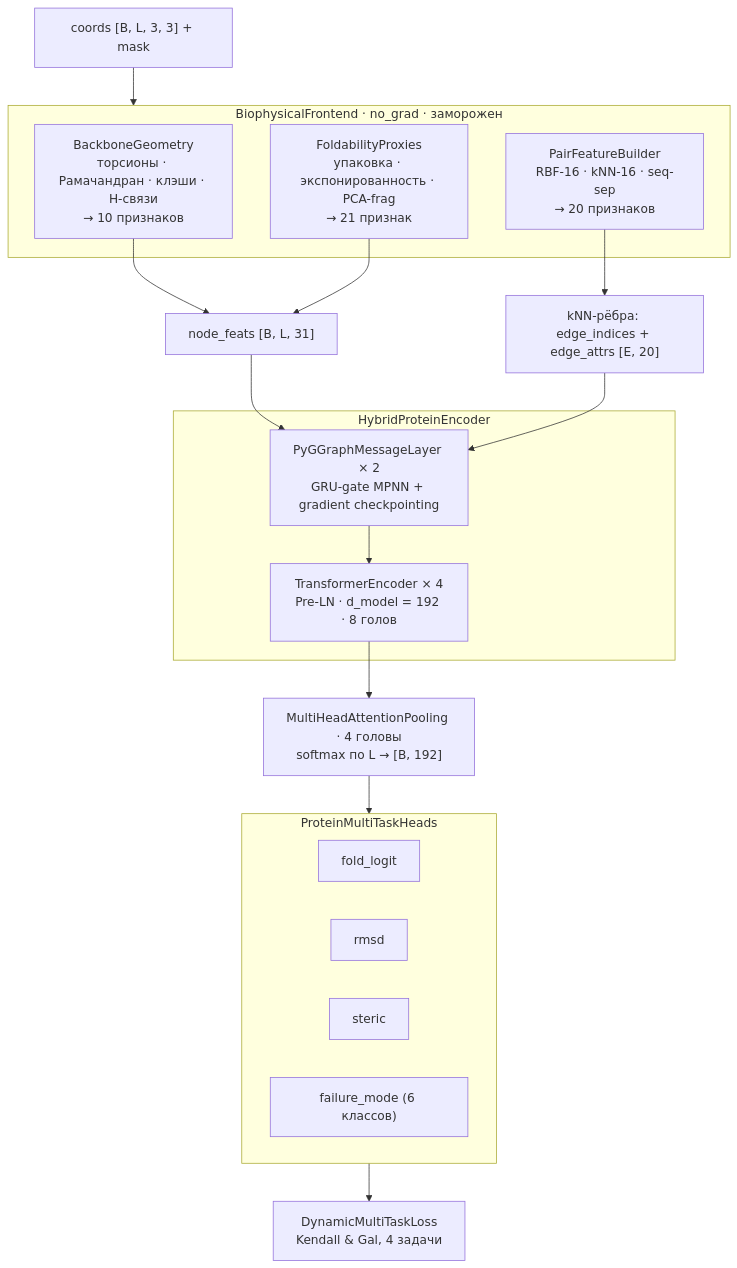
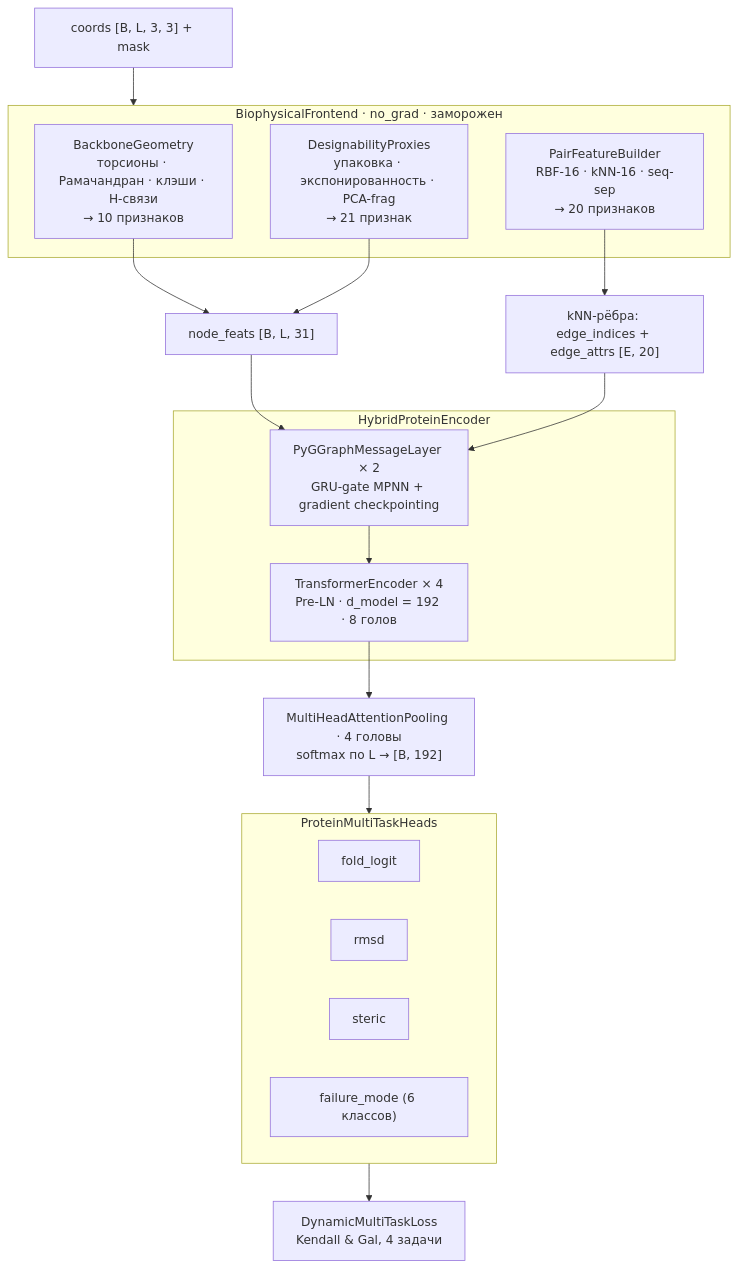
The diagram in docs/03-model-i-obuchenie.md (daghotur/bbvalidator), drawn with Mermaid before and after one commit. The commit also changed 10 other files, not shown here.

Commit message:
rename foldability to designability

````diff
--- a/docs/03-model-i-obuchenie.md
+++ b/docs/03-model-i-obuchenie.md
@@ -5,34 +5,34 @@
 ```mermaid
 flowchart TD
     INPUT["coords [B, L, 3, 3] + mask"]
     subgraph FRONTEND["BiophysicalFrontend · no_grad · заморожен"]
         GEO["BackboneGeometry<br/>торсионы · Рамачандран · клэши · H-связи<br/>→ 10 признаков"]
-        FOLD["FoldabilityProxies<br/>упаковка · экспонированность · PCA-frag<br/>→ 21 признак"]
+        FOLD["DesignabilityProxies<br/>упаковка · экспонированность · PCA-frag<br/>→ 21 признак"]
         PAIR["PairFeatureBuilder<br/>RBF-16 · kNN-16 · seq-sep<br/>→ 20 признаков"]
     end
     NODE["node_feats [B, L, 31]"]
     PAIRF["kNN-рёбра: edge_indices + edge_attrs [E, 20]"]
     subgraph ENCODER["HybridProteinEncoder"]
         MPNN["PyGGraphMessageLayer × 2<br/>GRU-gate MPNN + gradient checkpointing"]
         TRANS["TransformerEncoder × 4<br/>Pre-LN · d_model = 192 · 8 голов"]
     end
     POOL["MultiHeadAttentionPooling · 4 головы<br/>softmax по L → [B, 192]"]
     subgraph HEADS["ProteinMultiTaskHeads"]
         H1["fold_logit"]
         H2["rmsd"]
         H3["steric"]
         H4["failure_mode (6 классов)"]
     end
     LOSS["DynamicMultiTaskLoss<br/>Kendall & Gal, 4 задачи"]
 
     INPUT --> FRONTEND
     GEO --> NODE
     FOLD --> NODE
     PAIR --> PAIRF
     NODE --> MPNN
     PAIRF --> MPNN
     MPNN --> TRANS
     TRANS --> POOL
     POOL --> HEADS
     HEADS --> LOSS
 ```
````
